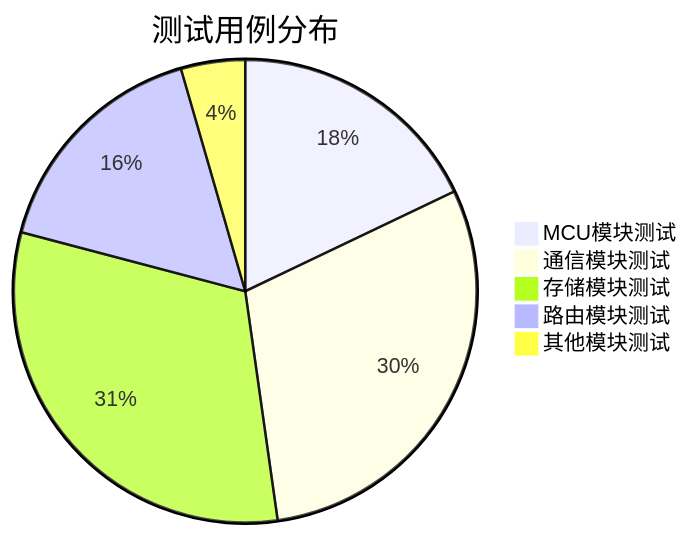
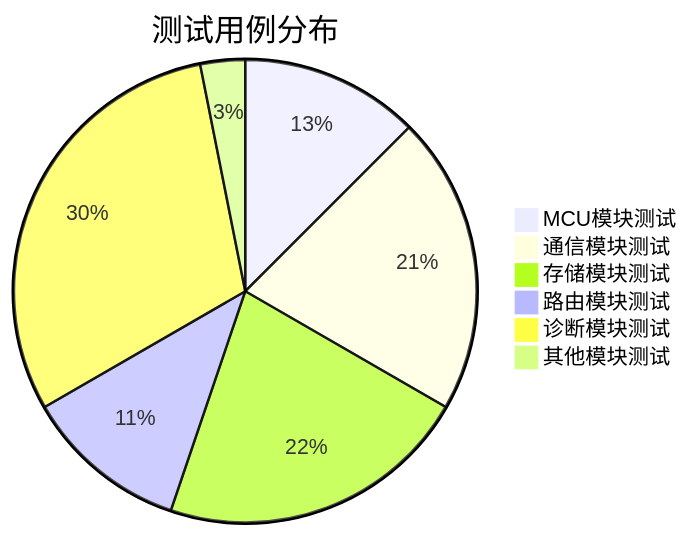
One commit to frisky1985/yuleASR changed diagram 11 of 14 in .qoder/repowiki/zh/content/测试策略/单元测试框架.md. Above: the diagram before and after it, drawn with Mermaid. The commit also changed other lines of this file and 4 other files, not shown here.

````diff
--- a/.qoder/repowiki/zh/content/测试策略/单元测试框架.md
+++ b/.qoder/repowiki/zh/content/测试策略/单元测试框架.md
@@ -470,8 +511,9 @@
 ```mermaid
 pie title 测试用例分布
 "MCU模块测试" : 12
 "通信模块测试" : 20
 "存储模块测试" : 21
 "路由模块测试" : 11
+"诊断模块测试" : 29
 "其他模块测试" : 3
 ```
````
